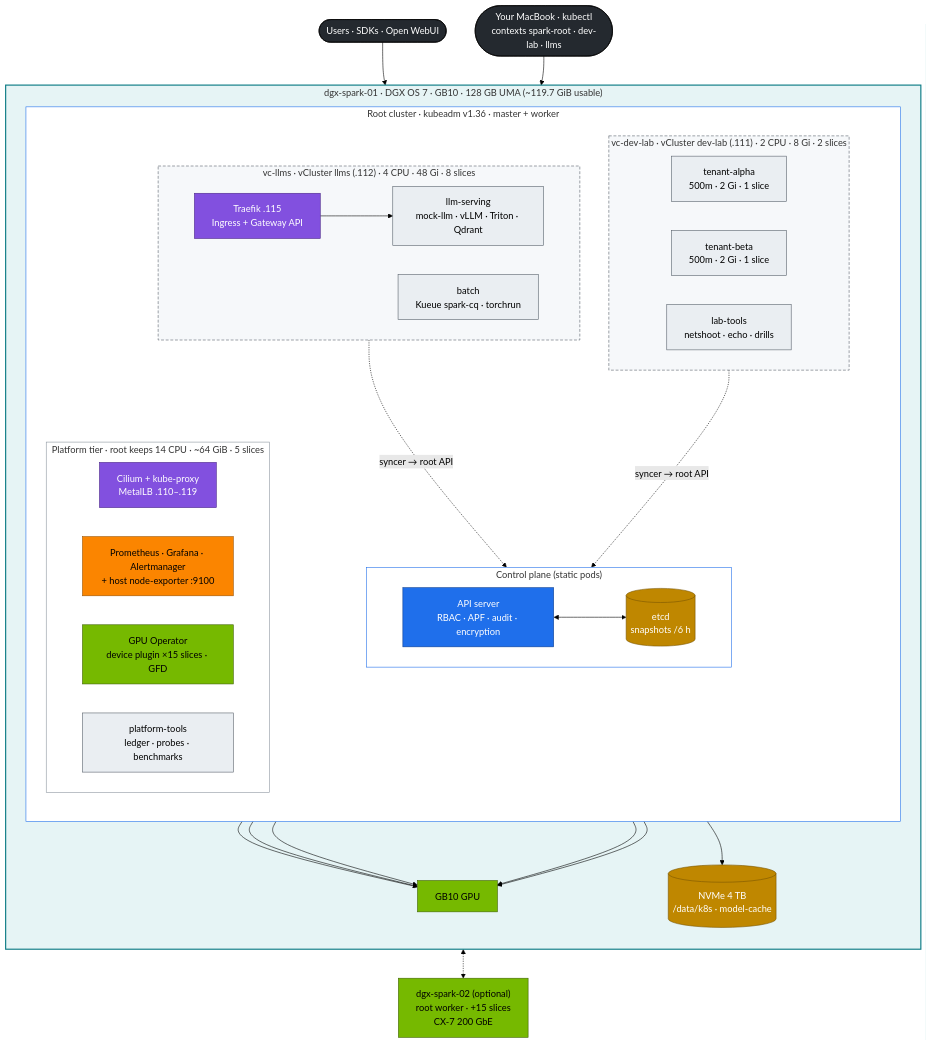
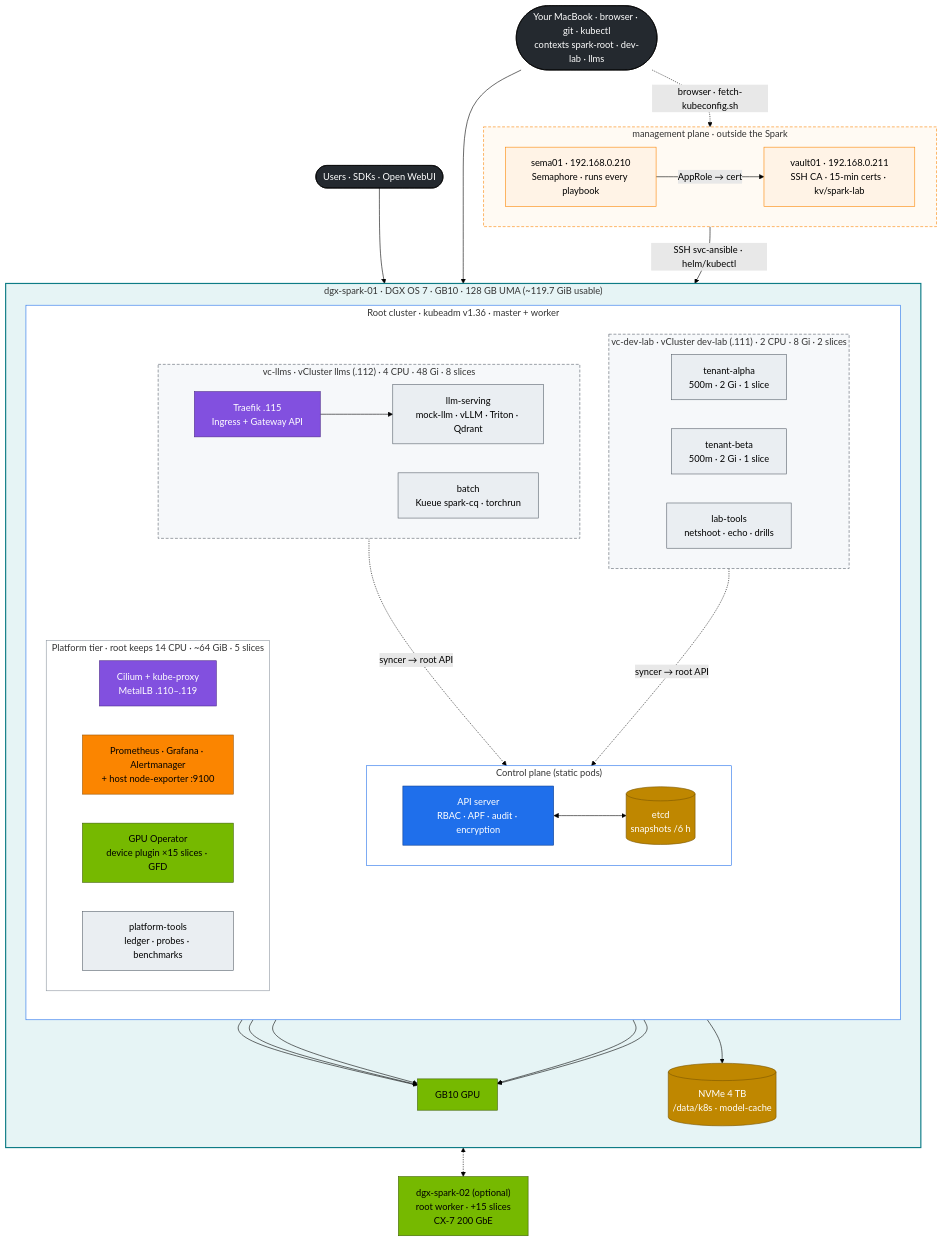
Before and after one commit to cloudone365/technical-depth: the first of 3 diagrams in 02 Kubernetes/15-dgx-spark-datacenter-simulation-lab.md, drawn with Mermaid (forest theme). The commit also changed other lines of this file and 37 other files, not shown here.

First line of the commit message:
Docs: Semaphore + vault01 management plane, dgx-spark-01 as a target

````diff
--- a/02 Kubernetes/15-dgx-spark-datacenter-simulation-lab.md
+++ b/02 Kubernetes/15-dgx-spark-datacenter-simulation-lab.md
@@ -38,65 +38,76 @@
 ```mermaid
 flowchart TB
   USER(["Users · SDKs · Open WebUI"]) --> EDGE
-  ADMIN(["Your MacBook · kubectl<br/>contexts spark-root · dev-lab · llms"])
+  ADMIN(["Your MacBook · browser · git · kubectl<br/>contexts spark-root · dev-lab · llms"])
+  subgraph MGMT["management plane · outside the Spark"]
+    direction LR
+    SEMA["sema01 · 192.168.0.210<br/>Semaphore · runs every playbook"]
+    VLT["vault01 · 192.168.0.211<br/>SSH CA · 15-min certs · kv/spark-lab"]
+  end
   subgraph SPARK["dgx-spark-01 · DGX OS 7 · GB10 · 128 GB UMA (~119.7 GiB usable)"]
     direction TB
     subgraph ROOT["Root cluster · kubeadm v1.36 · master + worker"]
       direction TB
       subgraph CP["Control plane (static pods)"]
         direction LR
         API["API server<br/>RBAC · APF · audit · encryption"]
         ETCD[("etcd<br/>snapshots /6 h")]
       end
       subgraph PLATFORM["Platform tier · root keeps 14 CPU · ~64 GiB · 5 slices"]
         direction LR
         NET["Cilium + kube-proxy<br/>MetalLB .110–.119"]
         OBS["Prometheus · Grafana · Alertmanager<br/>+ host node-exporter :9100"]
         GPUOP["GPU Operator<br/>device plugin ×15 slices · GFD"]
         PT["platform-tools<br/>ledger · probes · benchmarks"]
       end
       subgraph DEV["vc-dev-lab · vCluster dev-lab (.111) · 2 CPU · 8 Gi · 2 slices"]
         direction LR
         TA["tenant-alpha<br/>500m · 2 Gi · 1 slice"]
         TB["tenant-beta<br/>500m · 2 Gi · 1 slice"]
         LT["lab-tools<br/>netshoot · echo · drills"]
       end
       subgraph LLM["vc-llms · vCluster llms (.112) · 4 CPU · 48 Gi · 8 slices"]
         direction LR
         EDGE["Traefik .115<br/>Ingress + Gateway API"]
         SERVE["llm-serving<br/>mock-llm · vLLM · Triton · Qdrant"]
         BATCH["batch<br/>Kueue spark-cq · torchrun"]
       end
     end
     NVME[("NVMe 4 TB<br/>/data/k8s · model-cache")]
     GB10["GB10 GPU"]
   end
   S2["dgx-spark-02 (optional)<br/>root worker · +15 slices<br/>CX-7 200 GbE"]
   ADMIN --> API
+  ADMIN -. "browser · fetch-kubeconfig.sh" .-> SEMA
+  SEMA -->|"AppRole → cert"| VLT
+  SEMA -->|"SSH svc-ansible · helm/kubectl"| SPARK
   EDGE --> SERVE
   SERVE & BATCH & TA & TB & PT --> GB10
   SERVE --> NVME
   API <--> ETCD
   DEV & LLM -. "syncer → root API" .-> API
   SPARK <-.-> S2
   classDef ctrl fill:#1f6feb,stroke:#0b3d91,color:#fff
   classDef net fill:#8250df,stroke:#4c2889,color:#fff
   classDef gpu fill:#76b900,stroke:#3d6000,color:#000
   classDef store fill:#bf8700,stroke:#7a5600,color:#fff
   classDef obs fill:#fb8500,stroke:#9a5200,color:#000
   classDef tenant fill:#eaeef2,stroke:#57606a,color:#000
   classDef ext fill:#24292f,stroke:#000,color:#fff
   class API ctrl
   class EDGE,NET net
   class GB10,GPUOP,S2 gpu
   class ETCD,NVME store
   class OBS obs
   class SERVE,BATCH,TA,TB,LT,PT tenant
   class USER,ADMIN ext
+  classDef mgmt fill:#fff3e6,stroke:#fb8500,color:#000
+  class SEMA,VLT mgmt
   style SPARK fill:#e6f4f5,stroke:#0e7c86,stroke-width:2px
   style ROOT fill:#ffffff,stroke:#1f6feb
   style PLATFORM fill:#ffffff,stroke:#8c959f
   style CP fill:#ffffff,stroke:#1f6feb
   style DEV fill:#f6f8fa,stroke:#57606a,stroke-dasharray:5 3
   style LLM fill:#f6f8fa,stroke:#57606a,stroke-dasharray:5 3
+  style MGMT fill:#fffaf3,stroke:#fb8500,stroke-dasharray:5 3
 ```
````
